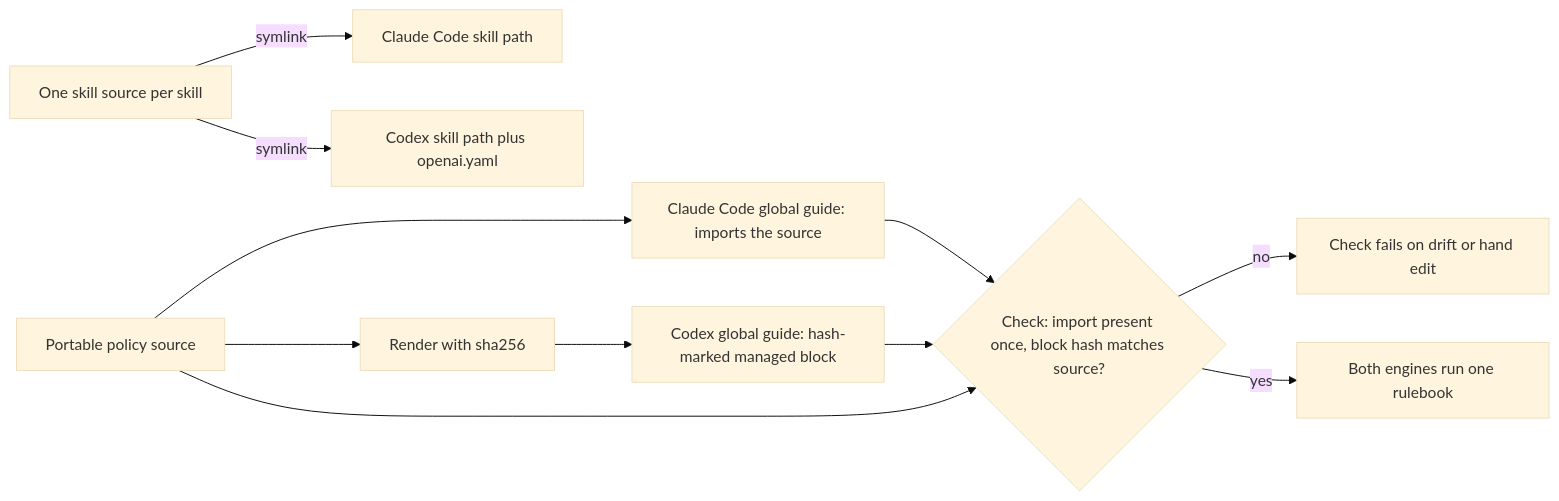
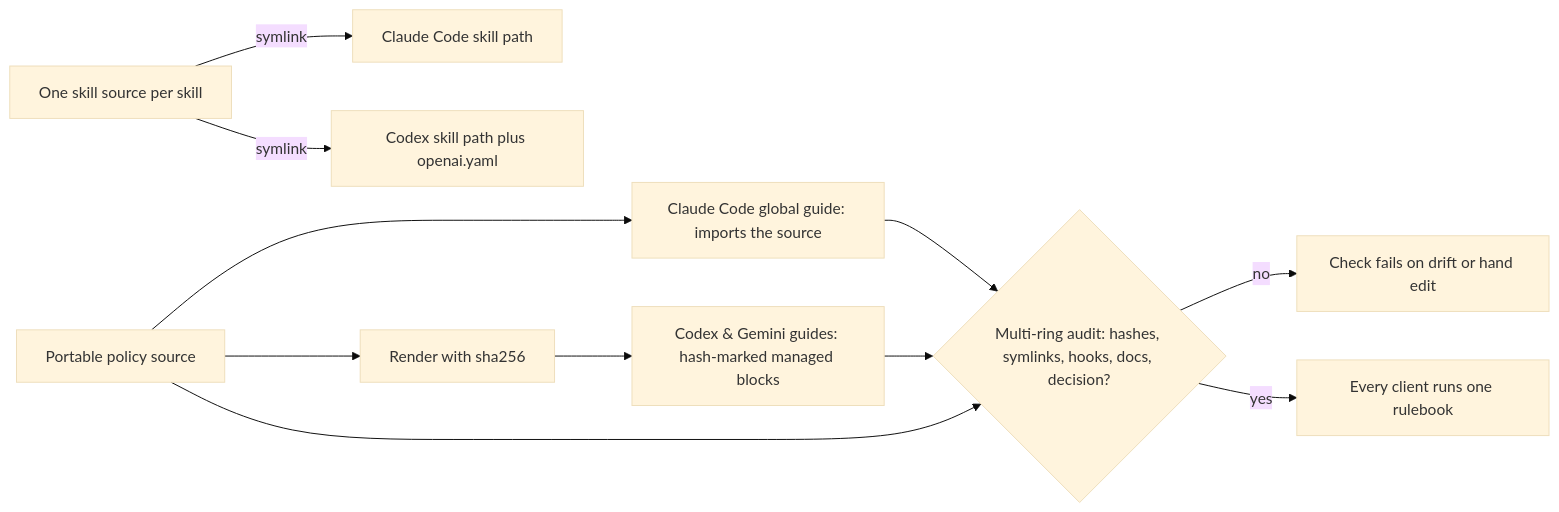
Before and after one commit to nathanmauro/agentic-workflows: the eighth of 10 diagrams in docs/diagrams.md, drawn with Mermaid (base theme). The commit also changed other lines of this file and 10 other files, not shown here.

````diff
--- a/docs/diagrams.md
+++ b/docs/diagrams.md
@@ -218,13 +218,13 @@
 ```mermaid
 flowchart LR
   Policy["Portable policy source"] --> ClaudeGuide["Claude Code global guide: imports the source"]
   Policy --> Render["Render with sha256"]
-  Render --> CodexGuide["Codex global guide: hash-marked managed block"]
+  Render --> CodexGuide["Codex & Gemini guides: hash-marked managed blocks"]
   Skills["One skill source per skill"] -->|symlink| ClaudeSkills["Claude Code skill path"]
   Skills -->|symlink| CodexSkills["Codex skill path plus openai.yaml"]
-  CodexGuide --> Check{"Check: import present once, block hash matches source?"}
+  CodexGuide --> Check{"Multi-ring audit: hashes, symlinks, hooks, docs, decision?"}
   ClaudeGuide --> Check
   Policy --> Check
   Check -->|no| Fail["Check fails on drift or hand edit"]
-  Check -->|yes| Pass["Both engines run one rulebook"]
+  Check -->|yes| Pass["Every client runs one rulebook"]
 ```
````
